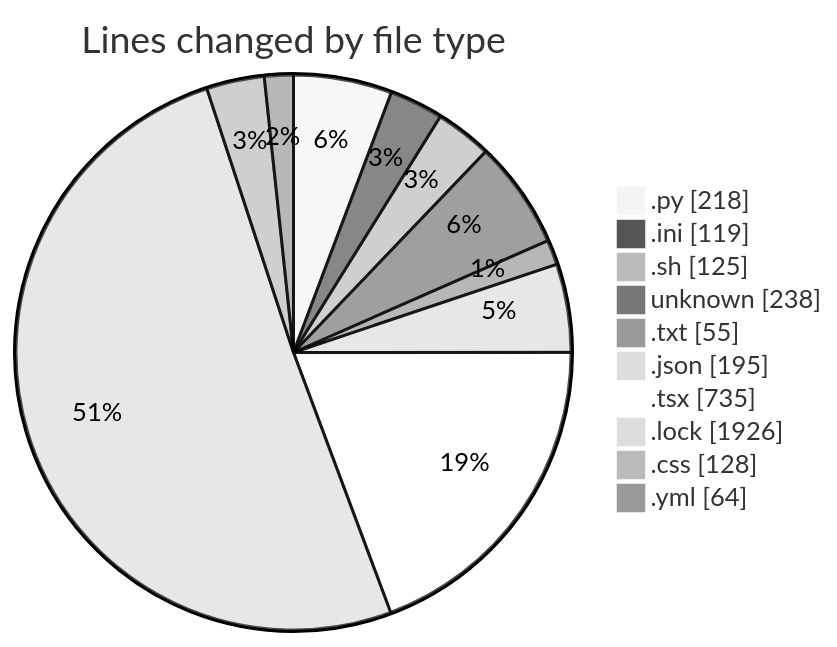
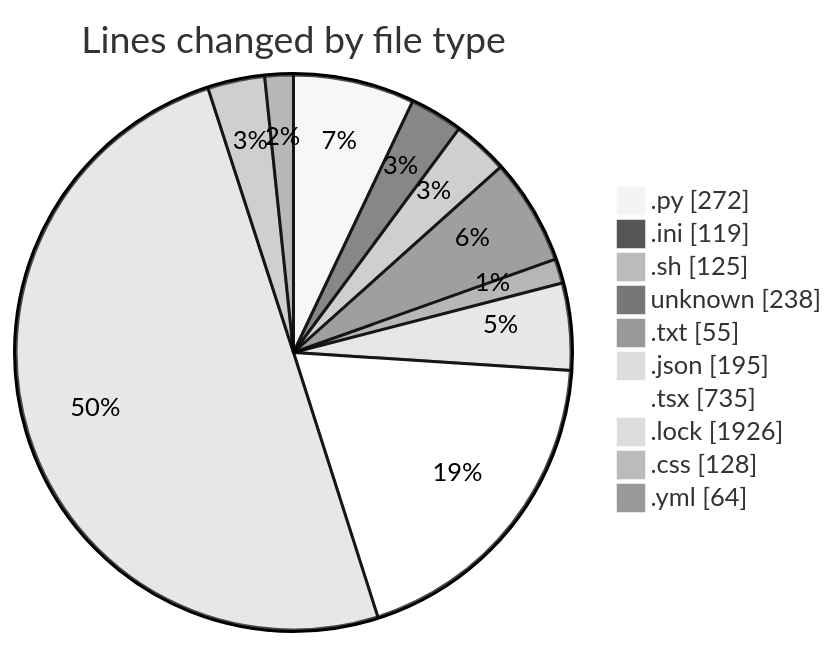
One commit to Elitesun/code-tracking changed the first of 2 diagrams in 2025-05-12/niten/README.md. Above: the diagram before and after it, drawn with Mermaid (neutral theme). The commit also changed other lines of this file and 1 other file, not shown here.

````diff
--- a/2025-05-12/niten/README.md
+++ b/2025-05-12/niten/README.md
@@ -35,14 +35,14 @@
 ```mermaid
 pie showData
 title Lines changed by file type
-".py" : 218
+".py" : 272
 ".ini" : 119
 ".sh" : 125
 "unknown" : 238
 ".txt" : 55
 ".json" : 195
 ".tsx" : 735
 ".lock" : 1926
 ".css" : 128
 ".yml" : 64
 ```
````
